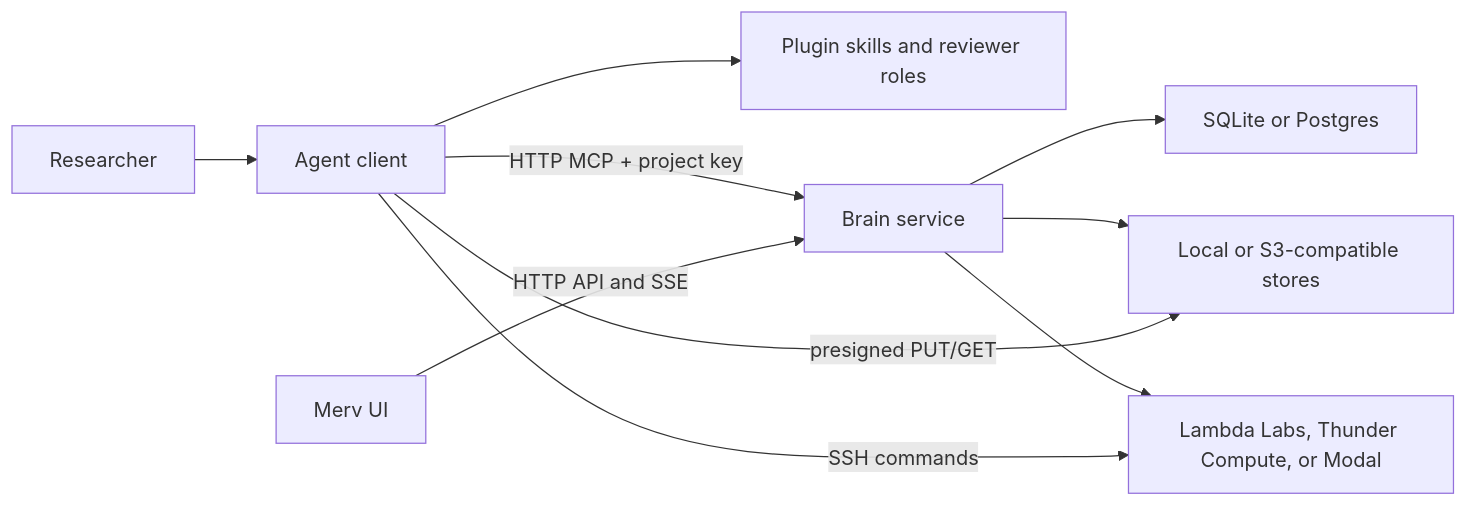
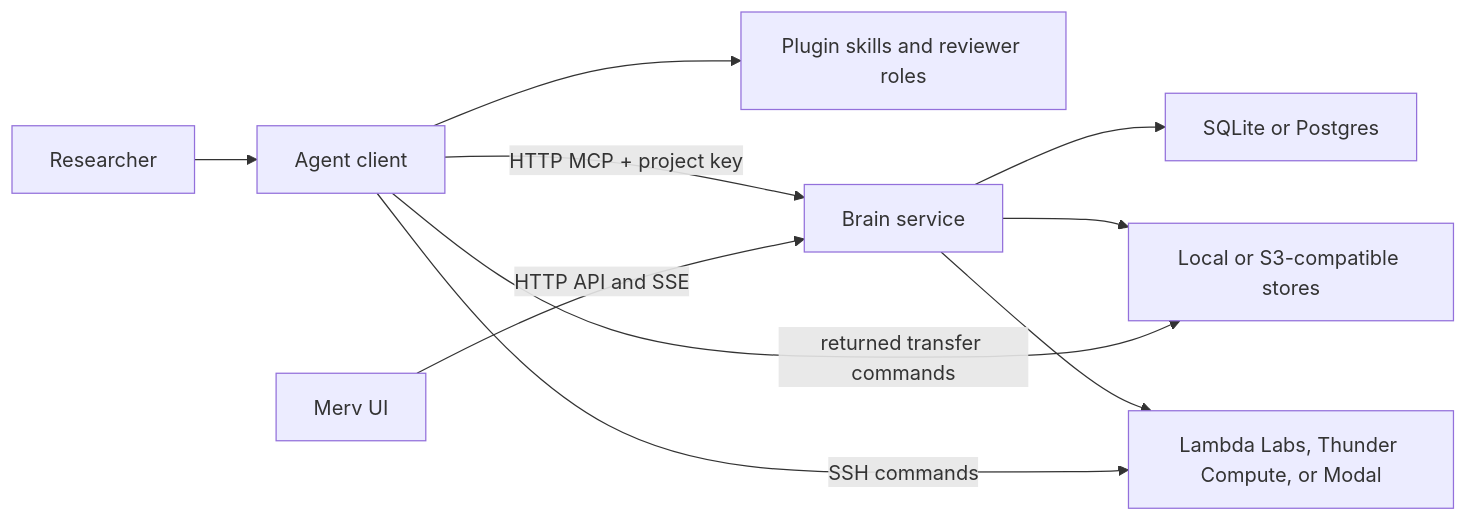
The diagram in merv/docs/ARCHITECTURE.md (NGXT-Inc/Merv), drawn with Mermaid before and after one commit. The commit also changed other lines of this file and 16 other files, not shown here.

````diff
--- a/merv/docs/ARCHITECTURE.md
+++ b/merv/docs/ARCHITECTURE.md
@@ -30,12 +31,12 @@
 ```mermaid
 flowchart LR
   User["Researcher"] --> Client["Agent client"]
   Client --> Skills["Plugin skills and reviewer roles"]
   Client -->|HTTP MCP + project key| Brain["Brain service"]
   Browser["Merv UI"] -->|HTTP API and SSE| Brain
   Brain --> State["SQLite or Postgres"]
   Brain --> Blobs["Local or S3-compatible stores"]
   Brain --> Providers["Lambda Labs, Thunder Compute, or Modal"]
   Client -->|SSH commands| Providers
-  Client -->|presigned PUT/GET| Blobs
+  Client -->|returned transfer commands| Blobs
 ```
````
